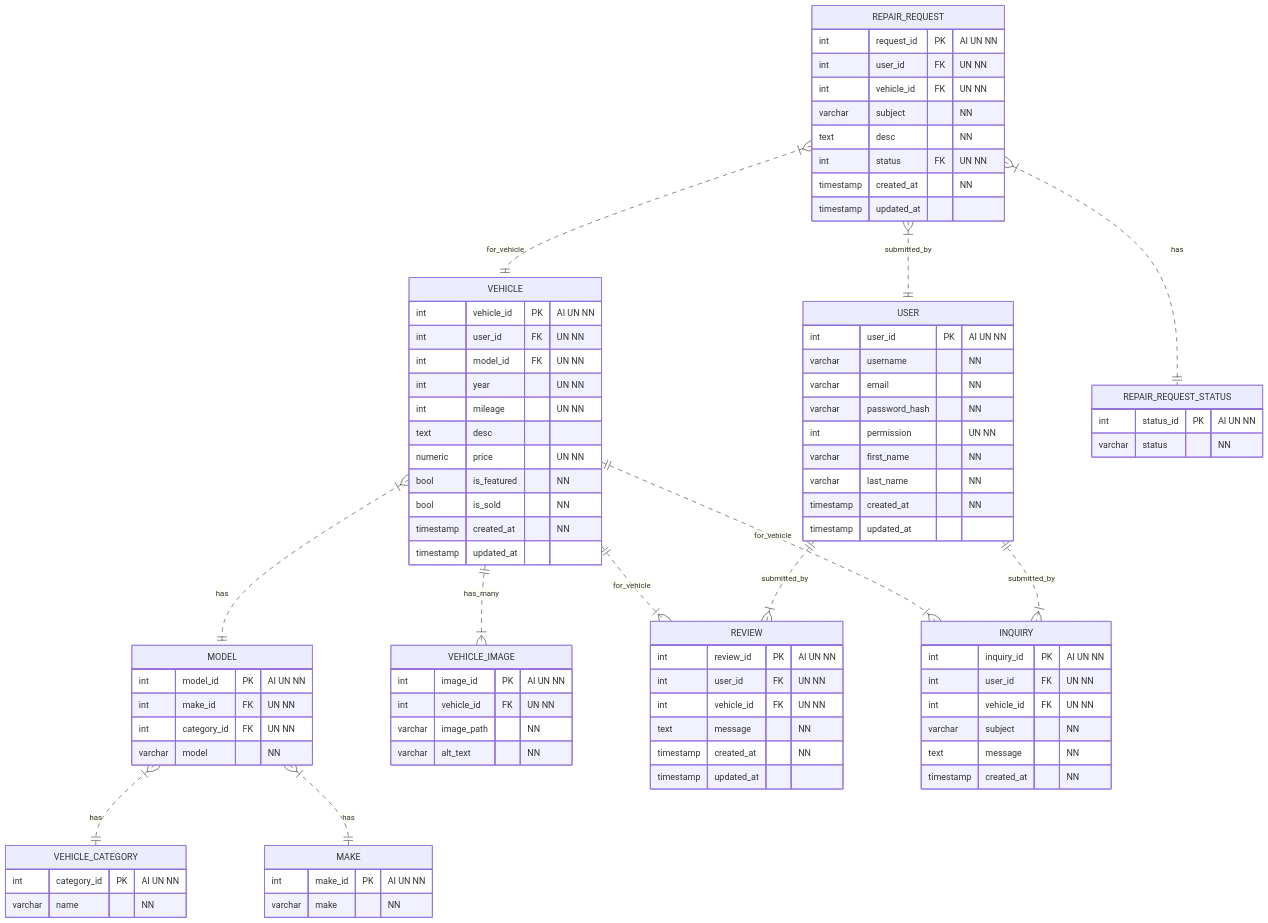
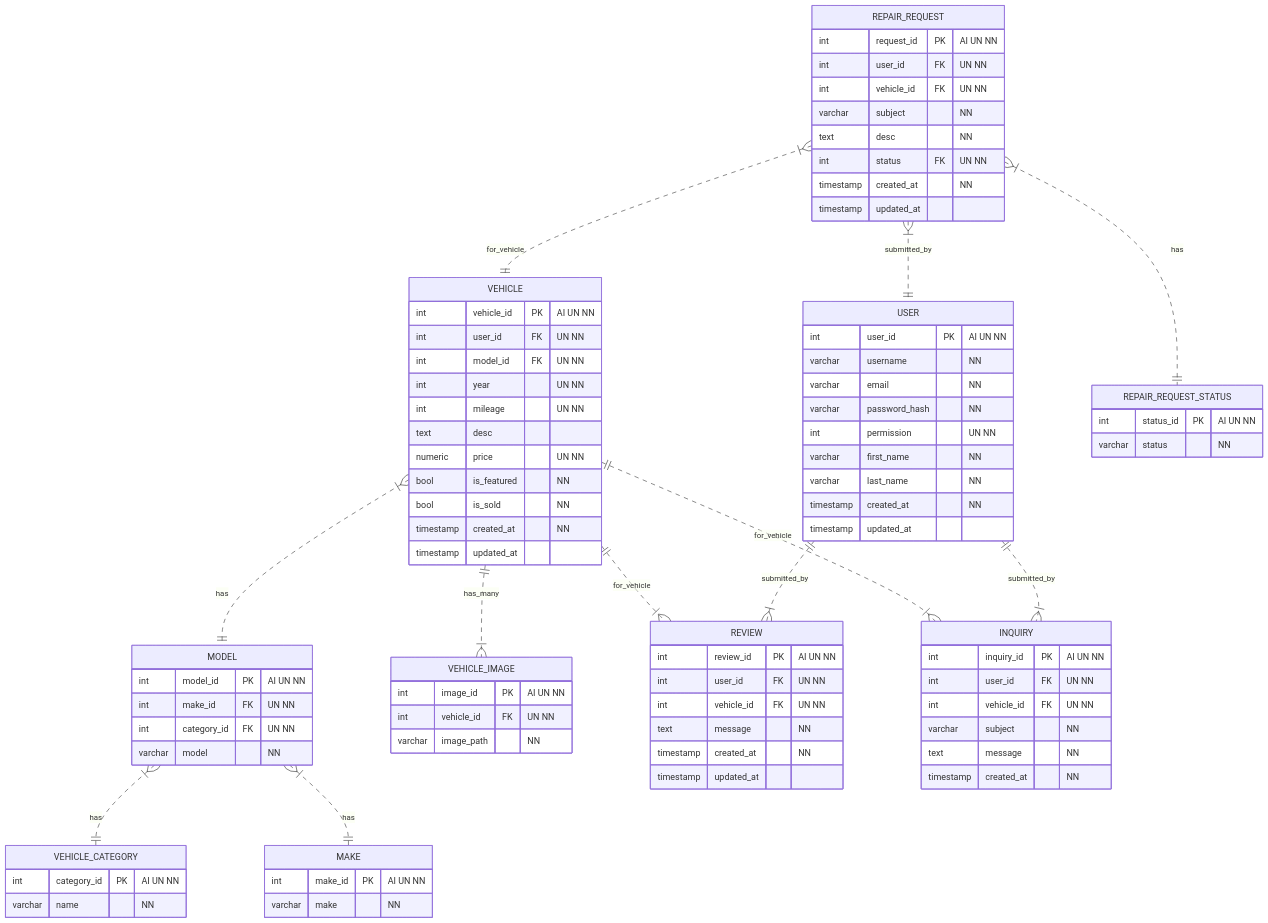
Before and after one commit to alexanderdombroski/car_dealer: the diagram in docs/schema.md, drawn with Mermaid. The commit also changed 14 other files, not shown here.

```diff
--- a/docs/schema.md
+++ b/docs/schema.md
@@ -45,7 +45,6 @@
         int image_id PK "AI UN NN"
         int vehicle_id FK "UN NN"
         varchar image_path "NN"
-        varchar alt_text "NN"
     }
 
 
```
